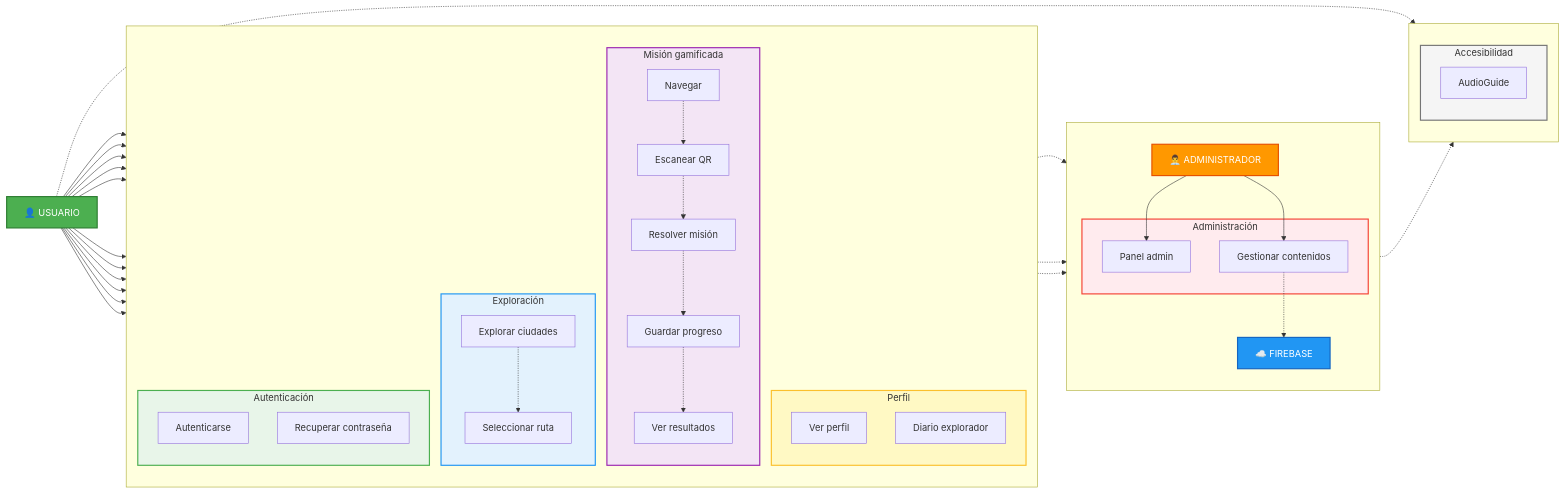
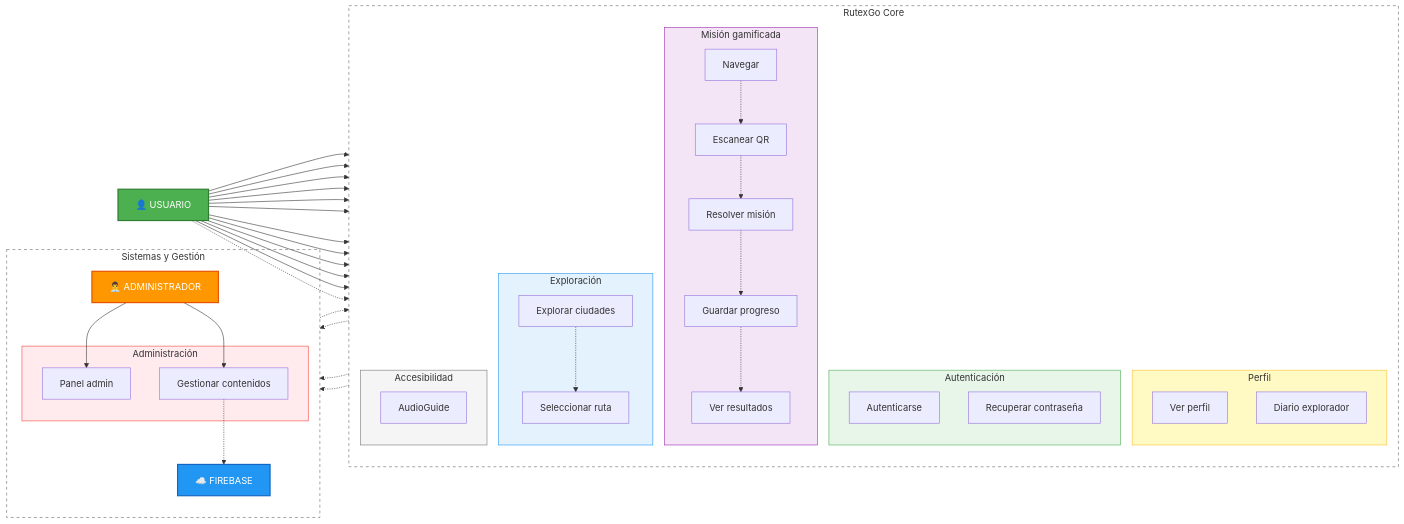
Before and after one commit to TurisTechTeam-Dev/rutexgo-assets: the fourth of 4 diagrams in diagrama secuencia.md, drawn with Mermaid.

Commit message:
Update diagrama secuencia.md

````diff
--- a/diagrama secuencia.md
+++ b/diagrama secuencia.md
@@ -206,25 +206,22 @@
 ```mermaid
 flowchart LR
-    %% Nodo principal: Usuario
+    %% Nodo principal Izquierda
     U["👤 USUARIO"]
 
-    %% Subgrafo izquierdo (TB para flujo vertical interno)
-    subgraph LEFT [" "]
+    %% COLUMNA CENTRAL (App)
+    subgraph APP ["RutexGo Core"]
         direction TB
         
-        %% Grupo de Perfil
         subgraph PROF ["Perfil"]
             PROF1["Ver perfil"]
             PROF2["Diario explorador"]
         end
 
-        %% Grupo de Exploración
         subgraph EXP ["Exploración"]
             EXP1["Explorar ciudades"]
             EXP2["Seleccionar ruta"]
         end
 
-        %% Grupo de Misión gamificada
         subgraph MISS ["Misión gamificada"]
             MISS1["Navegar"]
             MISS2["Escanear QR"]
@@ -233,39 +230,31 @@
             MISS5["Ver resultados"]
         end
 
-        %% Grupo de Autenticación
         subgraph AUTH ["Autenticación"]
             AUTH1["Autenticarse"]
             AUTH2["Recuperar contraseña"]
         end
-    end
-
-    %% Subgrafo central
-    subgraph CENTER [" "]
-        direction TB
-        %% Grupo de Accesibilidad
+        
         subgraph ACC ["Accesibilidad"]
             ACC1["AudioGuide"]
         end
     end
 
-    %% Subgrafo derecho
-    subgraph RIGHT [" "]
+    %% COLUMNA DERECHA (Admin & Backend)
+    subgraph BACKEND ["Sistemas y Gestión"]
         direction TB
-        %% Nodos de Firebase y Administrador
         F["☁️ FIREBASE"]
         A["👨‍💼 ADMINISTRADOR"]
 
-        %% Grupo de Administración
         subgraph ADM ["Administración"]
             ADM1["Panel admin"]
             ADM2["Gestionar contenidos"]
         end
     end
 
-    %% -- RELACIONES (FLECHAS) --
+    %% -- CONEXIONES --
 
-    %% Interacciones del Usuario (Sólidas para flujo principal)
+    %% Usuario a App
     U --> PROF1
     U --> PROF2
     U --> EXP1
@@ -277,40 +266,37 @@
     U --> MISS5
     U --> AUTH1
     U --> AUTH2
-
-    %% Uso de Accesibilidad (Punteada)
     U -.-> ACC1
 
-    %% Interacciones del Administrador
+    %% Administrador a su Panel (Derecha)
     A --> ADM1
     A --> ADM2
     A -.-> ACC1
 
-    %% Interacciones con Firebase (Punteadas para flujo de datos)
+    %% Conexiones laterales a Firebase (Derecha)
     AUTH1 -.-> F
     AUTH2 -.-> F
     MISS4 -.-> F
     ADM2 -.-> F
 
-    %% Flujos de Proceso Internos (Punteadas)
+    %% Flujos internos
     EXP1 -.-> EXP2
     MISS1 -.-> MISS2
     MISS2 -.-> MISS3
     MISS3 -.-> MISS4
     MISS4 -.-> MISS5
 
-    %% -- ESTILOS (style) --
-
-    %% Estilos de Nodos Principales
+    %% -- ESTILOS --
     style U fill:#4CAF50,stroke:#2E7D32,stroke-width:2px,color:#fff
     style F fill:#2196F3,stroke:#1565C0,stroke-width:2px,color:#fff
     style A fill:#FF9800,stroke:#E65100,stroke-width:2px,color:#fff
-
-    %% Estilos de Subgrafos (Colores de fondo suaves)
-    style PROF fill:#FFF9C4,stroke:#FBC02D,stroke-width:2px
-    style EXP fill:#E3F2FD,stroke:#2196F3,stroke-width:2px
-    style MISS fill:#F3E5F5,stroke:#9C27B0,stroke-width:2px
-    style AUTH fill:#E8F5E9,stroke:#4CAF50,stroke-width:2px
-    style ACC fill:#F5F5F5,stroke:#757575,stroke-width:2px
-    style ADM fill:#FFEBEE,stroke:#F44336,stroke-width:2px
+    
+    style PROF fill:#FFF9C4,stroke:#FBC02D,stroke-width:1px
+    style EXP fill:#E3F2FD,stroke:#2196F3,stroke-width:1px
+    style MISS fill:#F3E5F5,stroke:#9C27B0,stroke-width:1px
+    style AUTH fill:#E8F5E9,stroke:#4CAF50,stroke-width:1px
+    style ACC fill:#F5F5F5,stroke:#757575,stroke-width:1px
+    style ADM fill:#FFEBEE,stroke:#F44336,stroke-width:1px
+    style APP fill:transparent,stroke:#666,stroke-dasharray: 5 5
+    style BACKEND fill:transparent,stroke:#666,stroke-dasharray: 5 5
 ```
````
